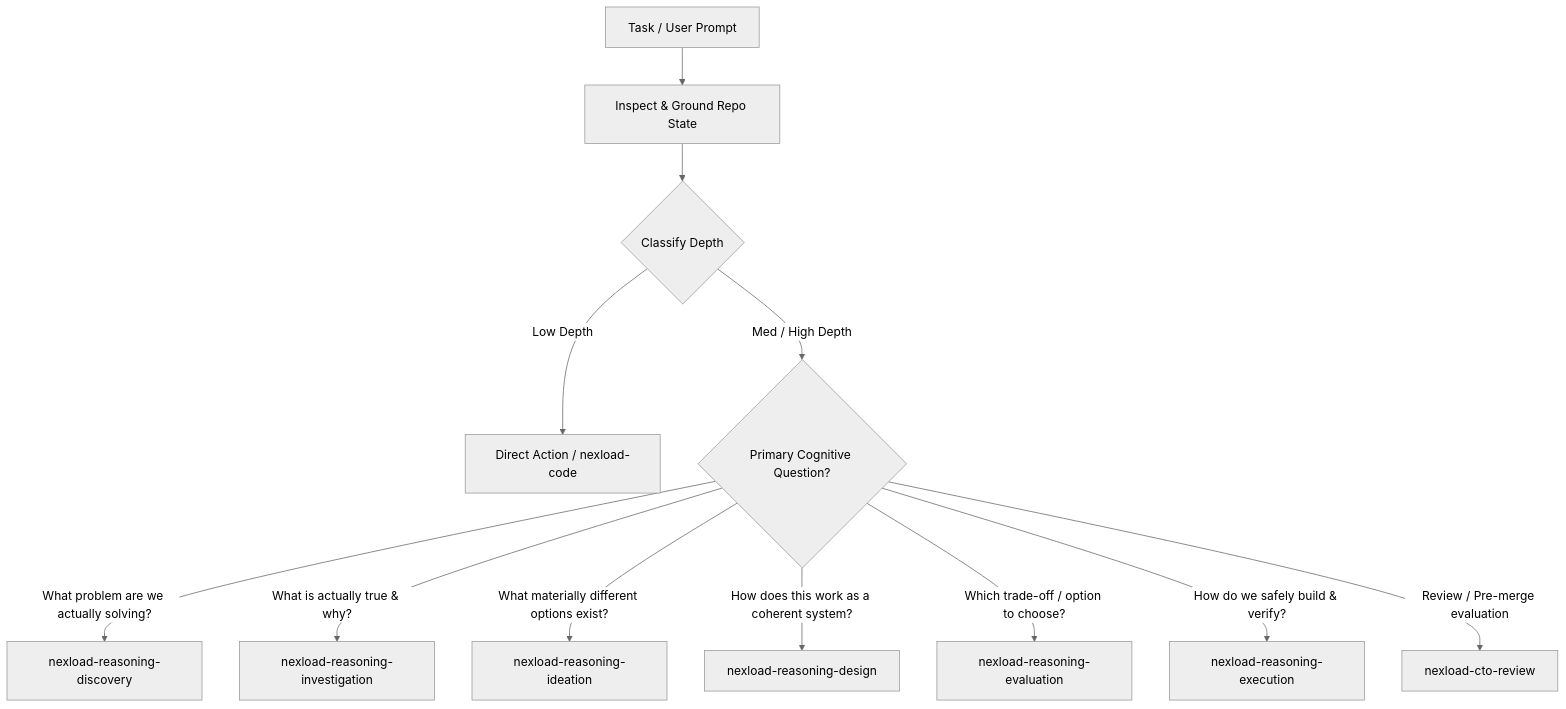
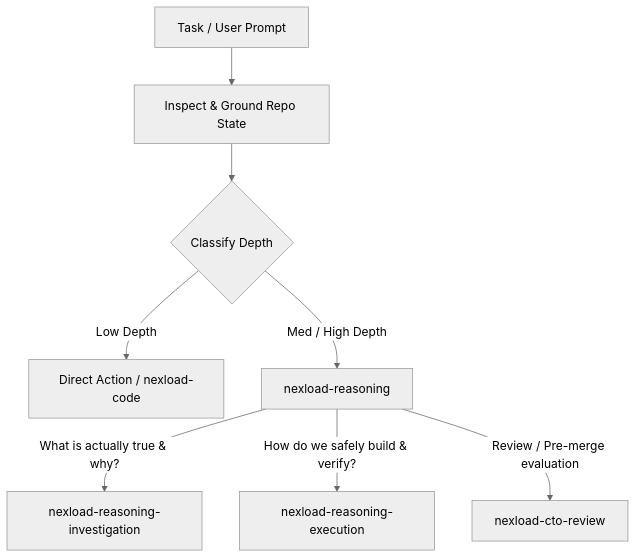
The diagram in AGENTS.md (gecut/persianpartshop.ir), drawn with Mermaid (neutral theme) before and after one commit. The commit also changed other lines of this file and 202 other files, not shown here.

````diff
--- a/AGENTS.md
+++ b/AGENTS.md
@@ -68,15 +70,11 @@
 ```mermaid
 flowchart TD
     Prompt[Task / User Prompt] --> Ground[Inspect & Ground Repo State]
     Ground --> Depth{Classify Depth}
     Depth -- Low Depth --> Direct[Direct Action / nexload-code]
-    Depth -- Med / High Depth --> Question{Primary Cognitive Question?}
-    
-    Question -- "What problem are we actually solving?" --> S1[nexload-reasoning-discovery]
-    Question -- "What is actually true & why?" --> S2[nexload-reasoning-investigation]
-    Question -- "What materially different options exist?" --> S3[nexload-reasoning-ideation]
-    Question -- "How does this work as a coherent system?" --> S4[nexload-reasoning-design]
-    Question -- "Which trade-off / option to choose?" --> S5[nexload-reasoning-evaluation]
-    Question -- "How do we safely build & verify?" --> S6[nexload-reasoning-execution]
-    Question -- "Review / Pre-merge evaluation" --> CTO[nexload-cto-review]
+    Depth -- Med / High Depth --> Kernel[nexload-reasoning]
+
+    Kernel -- "What is actually true & why?" --> S2[nexload-reasoning-investigation]
+    Kernel -- "How do we safely build & verify?" --> S6[nexload-reasoning-execution]
+    Kernel -- "Review / Pre-merge evaluation" --> CTO[nexload-cto-review]
 ```
````
